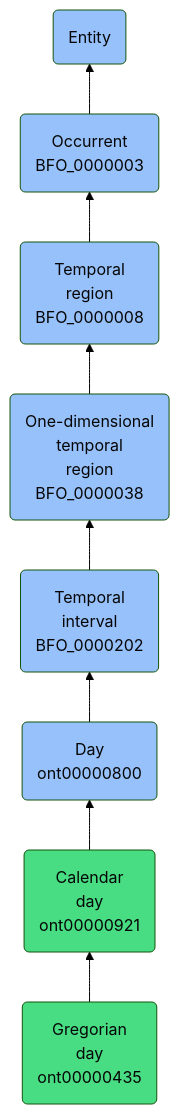
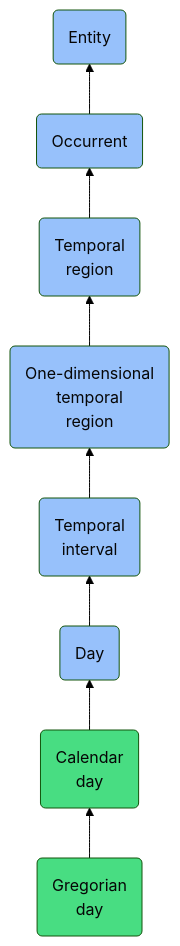
Before and after one commit to jupyter-naas/abi: the diagram in docs/ontology/reference/model/Entity/Occurrent/Temporal region/One-dimensional temporal region/Temporal interval/Day/Calendar day/Gregorian day/Gregorian day.md, drawn with Mermaid (forest theme). The commit also changed other lines of this file and 1430 other files, not shown here.

````diff
--- a/docs/ontology/reference/model/Entity/Occurrent/Temporal region/One-dimensional temporal region/Temporal interval/Day/Calendar day/Gregorian day/Gregorian day.md
+++ b/docs/ontology/reference/model/Entity/Occurrent/Temporal region/One-dimensional temporal region/Temporal interval/Day/Calendar day/Gregorian day/Gregorian day.md
@@ -24,15 +24,15 @@
 ```mermaid
 graph BT
-    ont00000435(Gregorian<br>day<br>ont00000435):::ABI-->ont00000921
-    ont00000921(Calendar<br>day<br>ont00000921):::ABI-->ont00000800
-    ont00000800(Day<br>ont00000800):::BFO-->BFO_0000202
-    BFO_0000202(Temporal<br>interval<br>BFO_0000202):::BFO-->BFO_0000038
-    BFO_0000038(One-dimensional<br>temporal<br>region<br>BFO_0000038):::BFO-->BFO_0000008
-    BFO_0000008(Temporal<br>region<br>BFO_0000008):::BFO-->BFO_0000003
-    BFO_0000003(Occurrent<br>BFO_0000003):::BFO-->BFO_0000001
+    ont00000435(Gregorian<br>day):::ABI-->ont00000921
+    ont00000921(Calendar<br>day):::ABI-->ont00000800
+    ont00000800(Day):::BFO-->BFO_0000202
+    BFO_0000202(Temporal<br>interval):::BFO-->BFO_0000038
+    BFO_0000038(One-dimensional<br>temporal<br>region):::BFO-->BFO_0000008
+    BFO_0000008(Temporal<br>region):::BFO-->BFO_0000003
+    BFO_0000003(Occurrent):::BFO-->BFO_0000001
     BFO_0000001(Entity):::BFO
     
     classDef BFO fill:#97c1fb,color:#060606
     classDef CCO fill:#e4c51e,color:#060606
     classDef ABI fill:#48DD82,color:#060606
 ```
````
